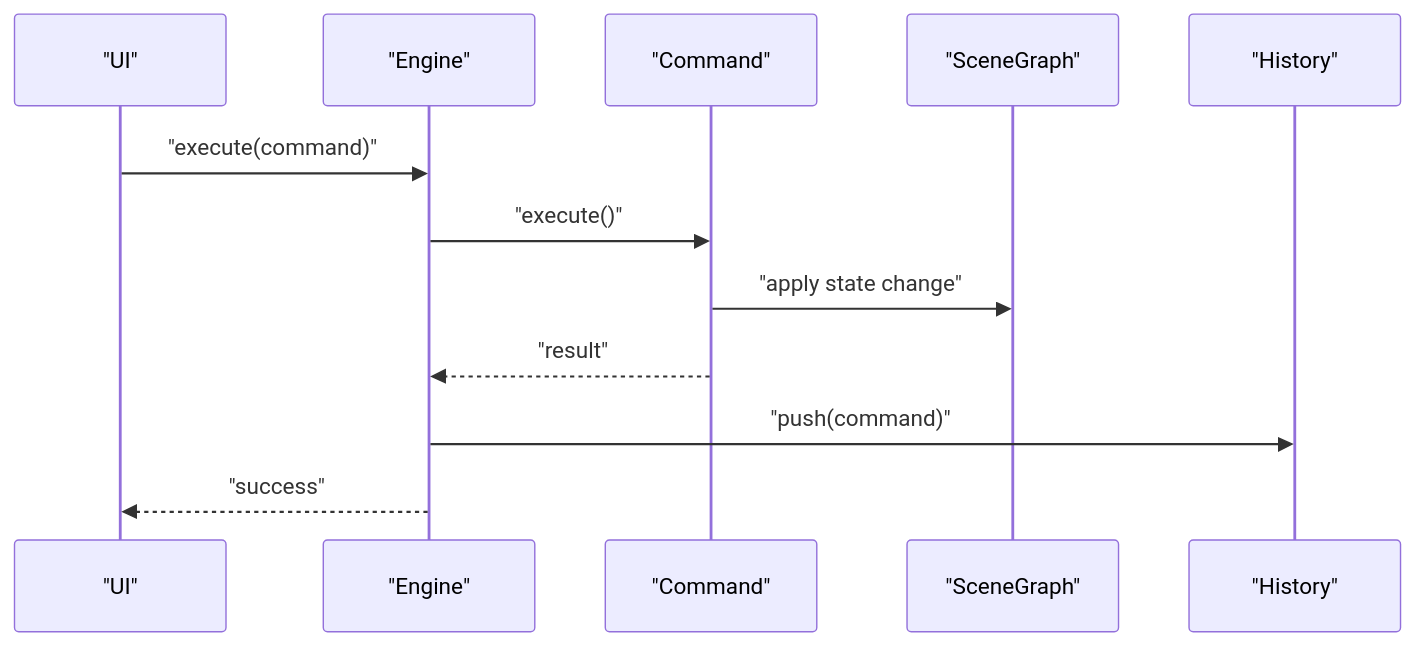
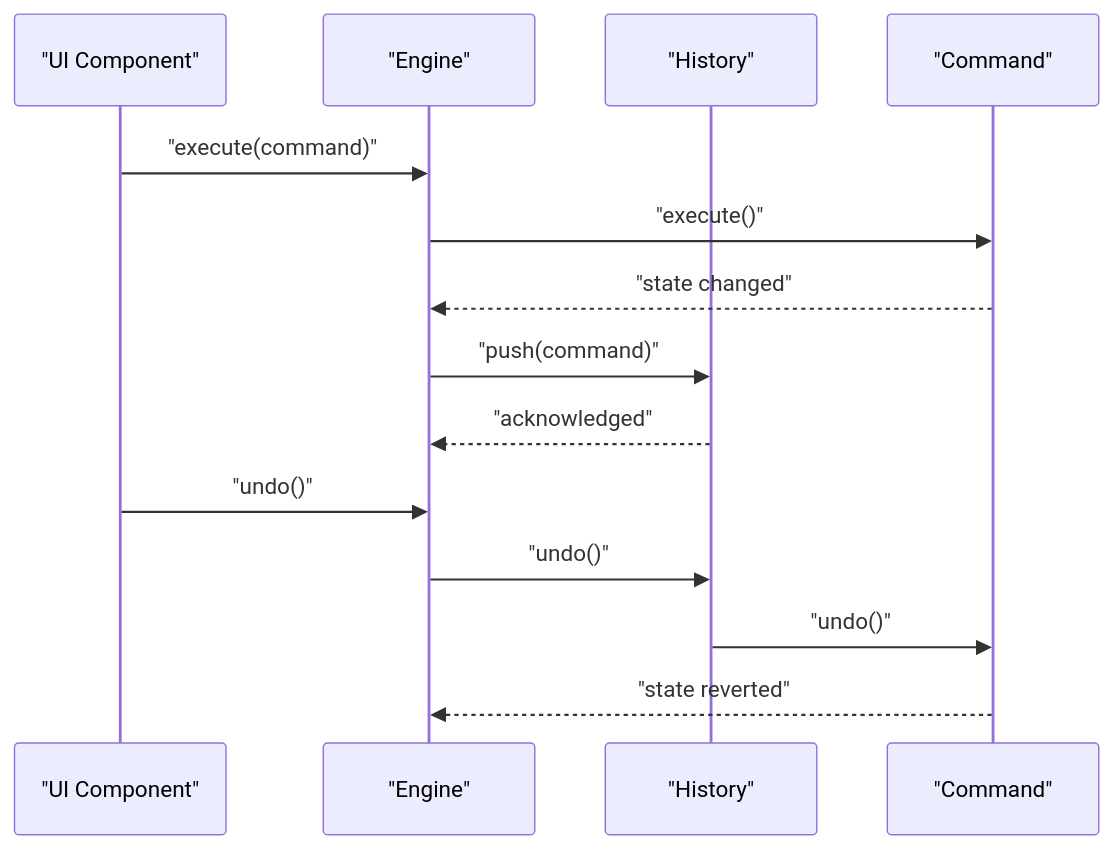
The third of 3 diagrams in .qoder/repowiki/en/content/Core Engine System/Command Pattern System.md (Anna0314zy/ai_editor_enginer), drawn with Mermaid before and after one commit. The commit also changed other lines of this file and 41 other files, not shown here.

````diff
--- a/.qoder/repowiki/en/content/Core Engine System/Command Pattern System.md
+++ b/.qoder/repowiki/en/content/Core Engine System/Command Pattern System.md
@@ -167,14 +259,16 @@
 ```mermaid
 sequenceDiagram
-participant UI as "UI"
+participant UI as "UI Component"
 participant Engine as "Engine"
-participant Cmd as "Command"
-participant Scene as "SceneGraph"
-participant Hist as "History"
+participant History as "History"
+participant Command as "Command"
 UI->>Engine : "execute(command)"
-Engine->>Cmd : "execute()"
-Cmd->>Scene : "apply state change"
-Cmd-->>Engine : "result"
-Engine->>Hist : "push(command)"
-Engine-->>UI : "success"
+Engine->>Command : "execute()"
+Command-->>Engine : "state changed"
+Engine->>History : "push(command)"
+History-->>Engine : "acknowledged"
+UI->>Engine : "undo()"
+Engine->>History : "undo()"
+History->>Command : "undo()"
+Command-->>Engine : "state reverted"
 ```
````
